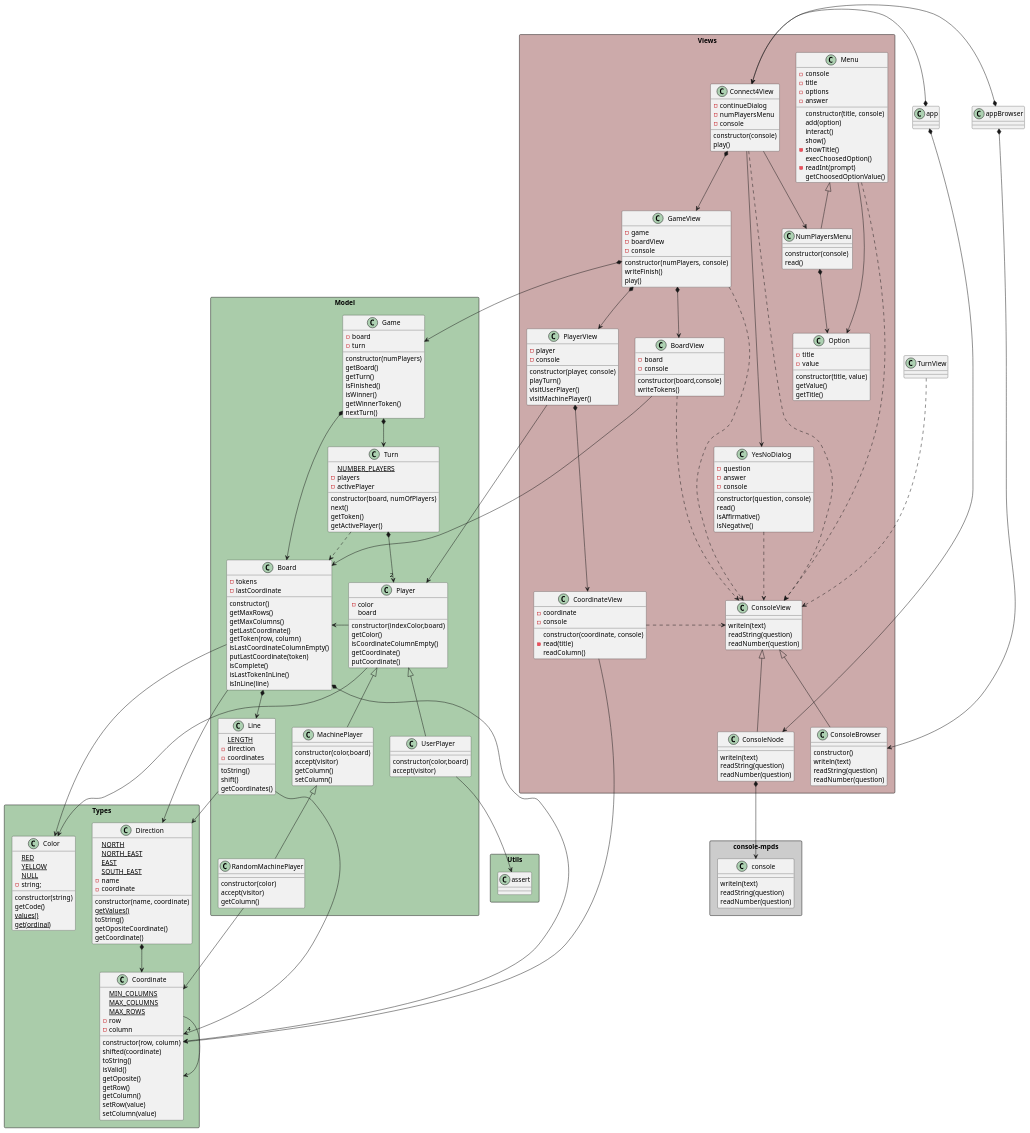
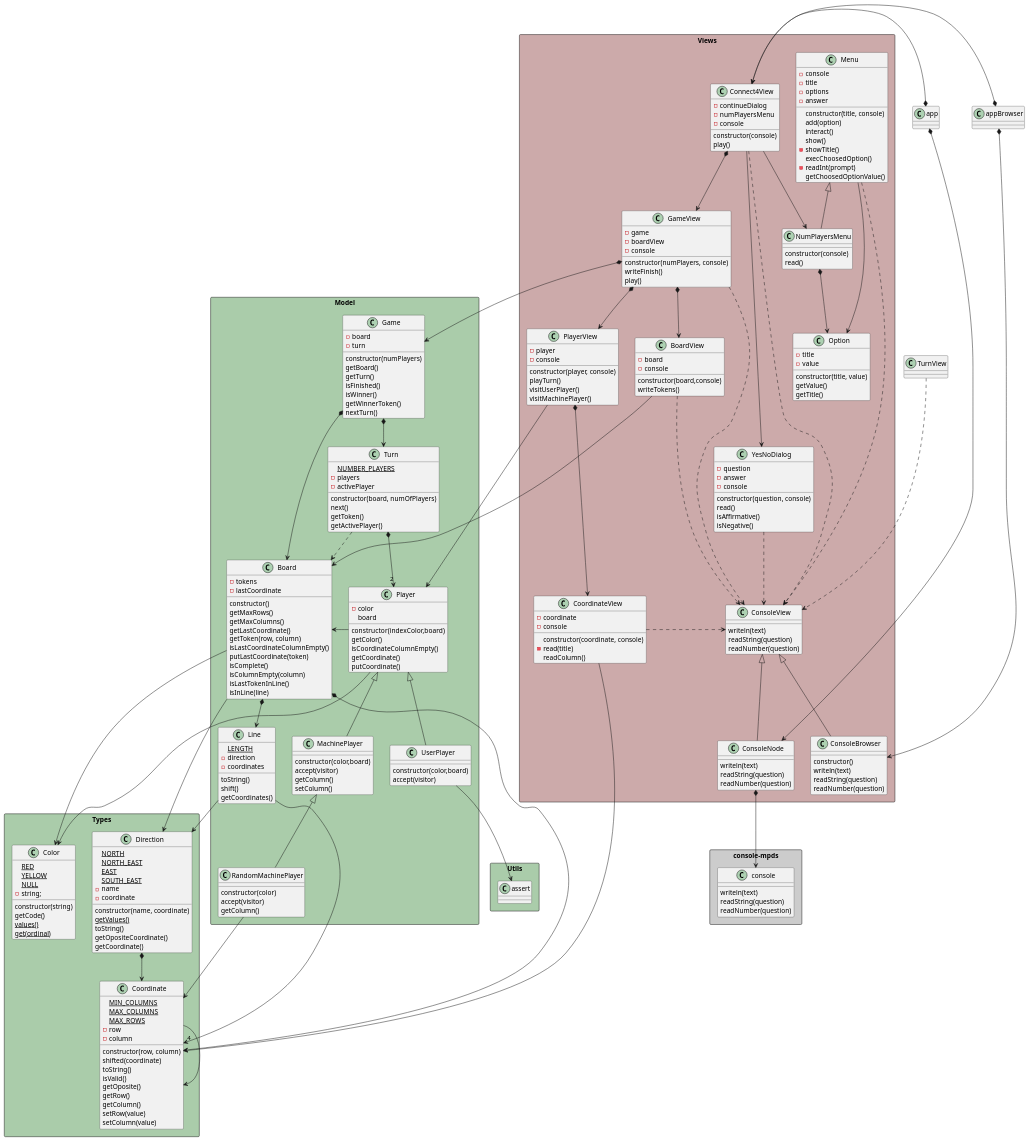
Before and after one commit to mpaulaherrero/escuelaIT: the diagram in game-connect4/docs/diagrams/objectOriented/classNotation/class diagram.plantuml, drawn with PlantUML. The commit also changed 2 other files, not shown here.

Commit message:
isColumnEmpty para IA

```diff
--- a/game-connect4/docs/diagrams/objectOriented/classNotation/class diagram.plantuml
+++ b/game-connect4/docs/diagrams/objectOriented/classNotation/class diagram.plantuml
@@ -69,6 +69,7 @@
         isLastCoordinateColumnEmpty()
         putLastCoordinate(token)
         isComplete()
+        isColumnEmpty(column)
         isLastTokenInLine()
         isInLine(line)
     }
```
